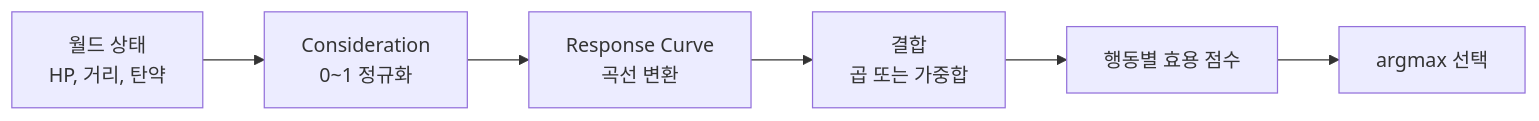
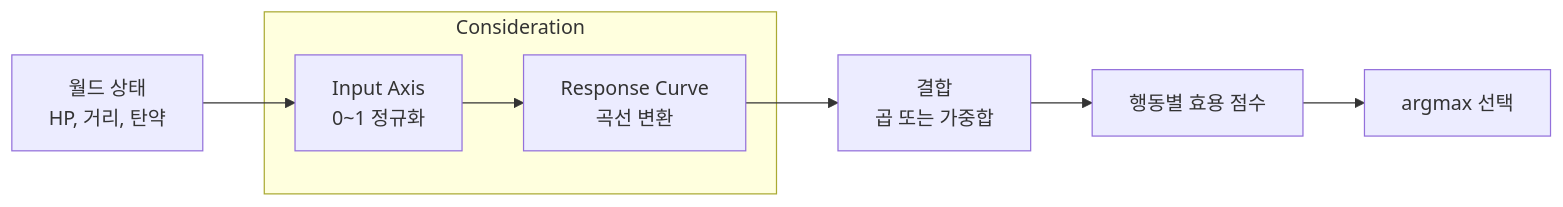
The first of 6 diagrams in ai/part03_utility_ai.md (Rein-ArXiv/game-dev-curriculum), drawn with Mermaid before and after one commit. The commit also changed other lines of this file and 1129 other files, not shown here.

````diff
--- a/ai/part03_utility_ai.md
+++ b/ai/part03_utility_ai.md
@@ -9,8 +9,11 @@
 ```mermaid
 flowchart LR
-    W[월드 상태<br/>HP, 거리, 탄약] --> N[Consideration<br/>0~1 정규화]
-    N --> C[Response Curve<br/>곡선 변환]
+    W[월드 상태<br/>HP, 거리, 탄약]
+    subgraph CONS [Consideration]
+        N[Input Axis<br/>0~1 정규화] --> C[Response Curve<br/>곡선 변환]
+    end
+    W --> N
     C --> M[결합<br/>곱 또는 가중합]
     M --> S[행동별 효용 점수]
     S --> A[argmax 선택]
 ```
````
